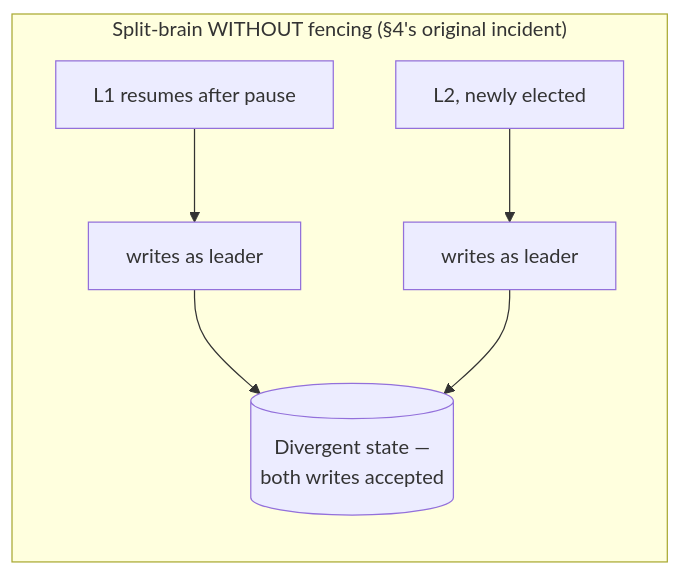
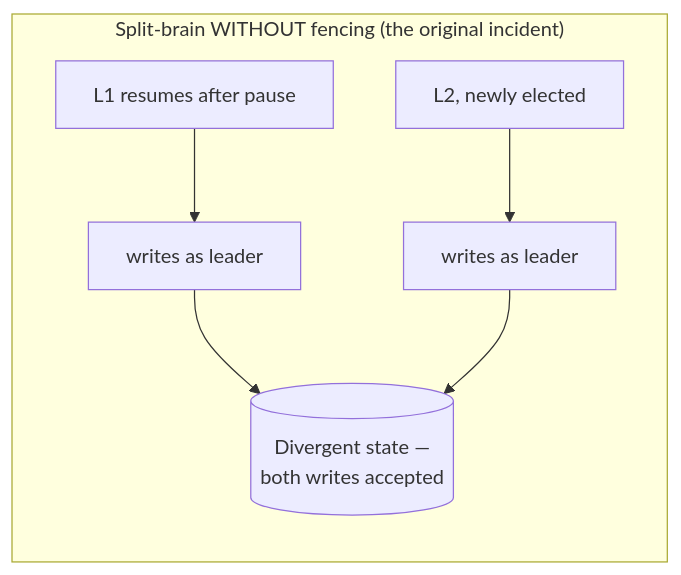
The third of 4 diagrams in 16-Distributed-Systems/03-PACELC-Consistency-Models-SplitBrain.md (umashankarp/InterviewQuestions), drawn with Mermaid before and after one commit. The commit also changed other lines of this file and 173 other files, not shown here.

````diff
--- a/16-Distributed-Systems/03-PACELC-Consistency-Models-SplitBrain.md
+++ b/16-Distributed-Systems/03-PACELC-Consistency-Models-SplitBrain.md
@@ -100,9 +100,9 @@
 ```mermaid
 graph LR
-    subgraph "Split-brain WITHOUT fencing (§4's original incident)"
-        A1[L1 resumes after pause] --> W1[writes as leader]
-        A2[L2, newly elected] --> W2[writes as leader]
-        W1 --> D[(Divergent state —<br/>both writes accepted)]
-        W2 --> D
-    end
+ subgraph "Split-brain WITHOUT fencing (the original incident)"
+ A1[L1 resumes after pause] --> W1[writes as leader]
+ A2[L2, newly elected] --> W2[writes as leader]
+ W1 --> D[(Divergent state —<br/>both writes accepted)]
+ W2 --> D
+ end
 ```
````
